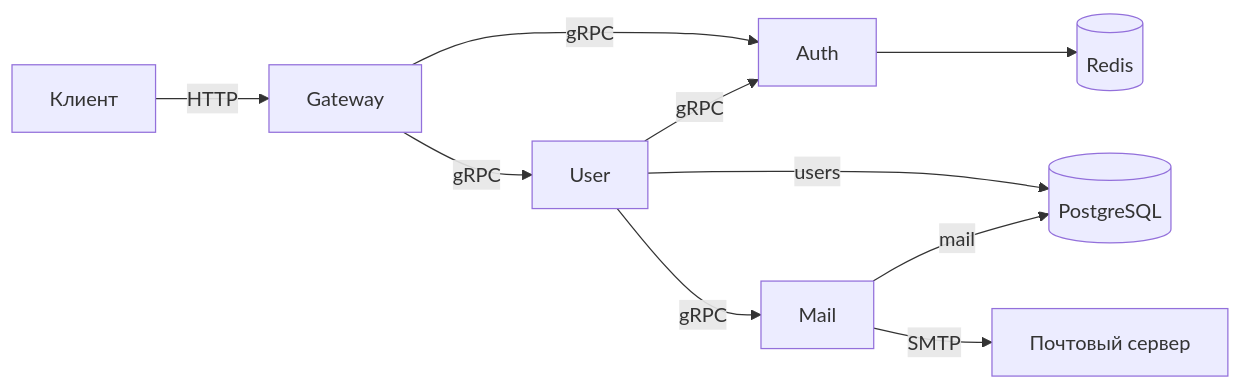
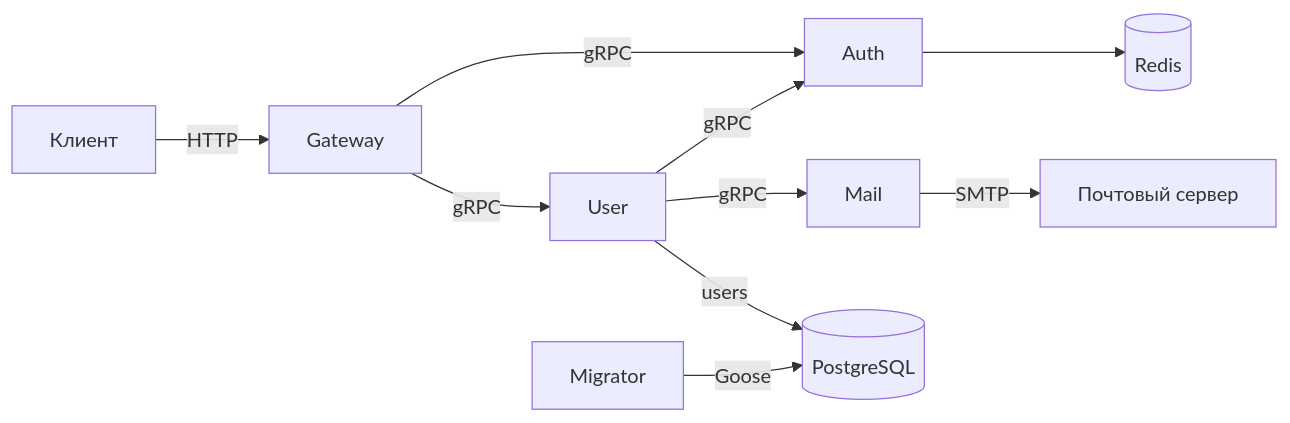
One commit to HSE-Scientists-Team/matchlab-backend changed the second of 2 diagrams in README.md. Above: the diagram before and after it, drawn with Mermaid. The commit also changed other lines of this file and 47 other files, not shown here.

````diff
--- a/README.md
+++ b/README.md
@@ -45,12 +46,12 @@
 ```mermaid
 flowchart LR
     Client[Клиент] -->|HTTP| Gateway
     Gateway -->|gRPC| User
     Gateway -->|gRPC| Auth
     User -->|gRPC| Auth
     User -->|gRPC| Mail
     User -->|users| PostgreSQL[(PostgreSQL)]
-    Mail -->|mail| PostgreSQL
+    Migrator[Migrator] -->|Goose| PostgreSQL
     Auth --> Redis[(Redis)]
     Mail -->|SMTP| SMTP[Почтовый сервер]
 ```
````
